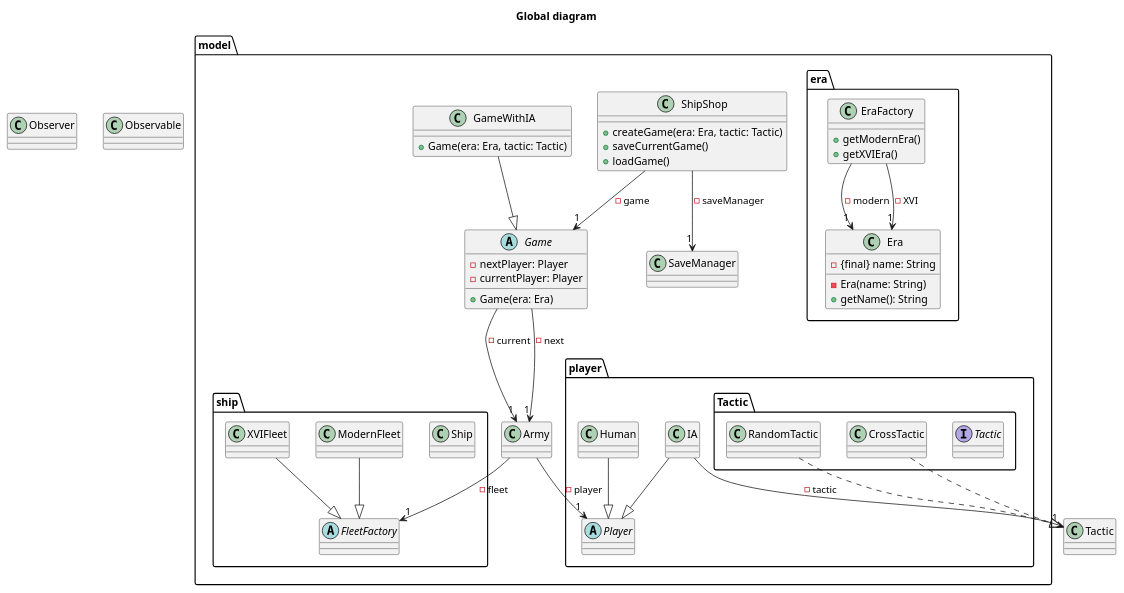
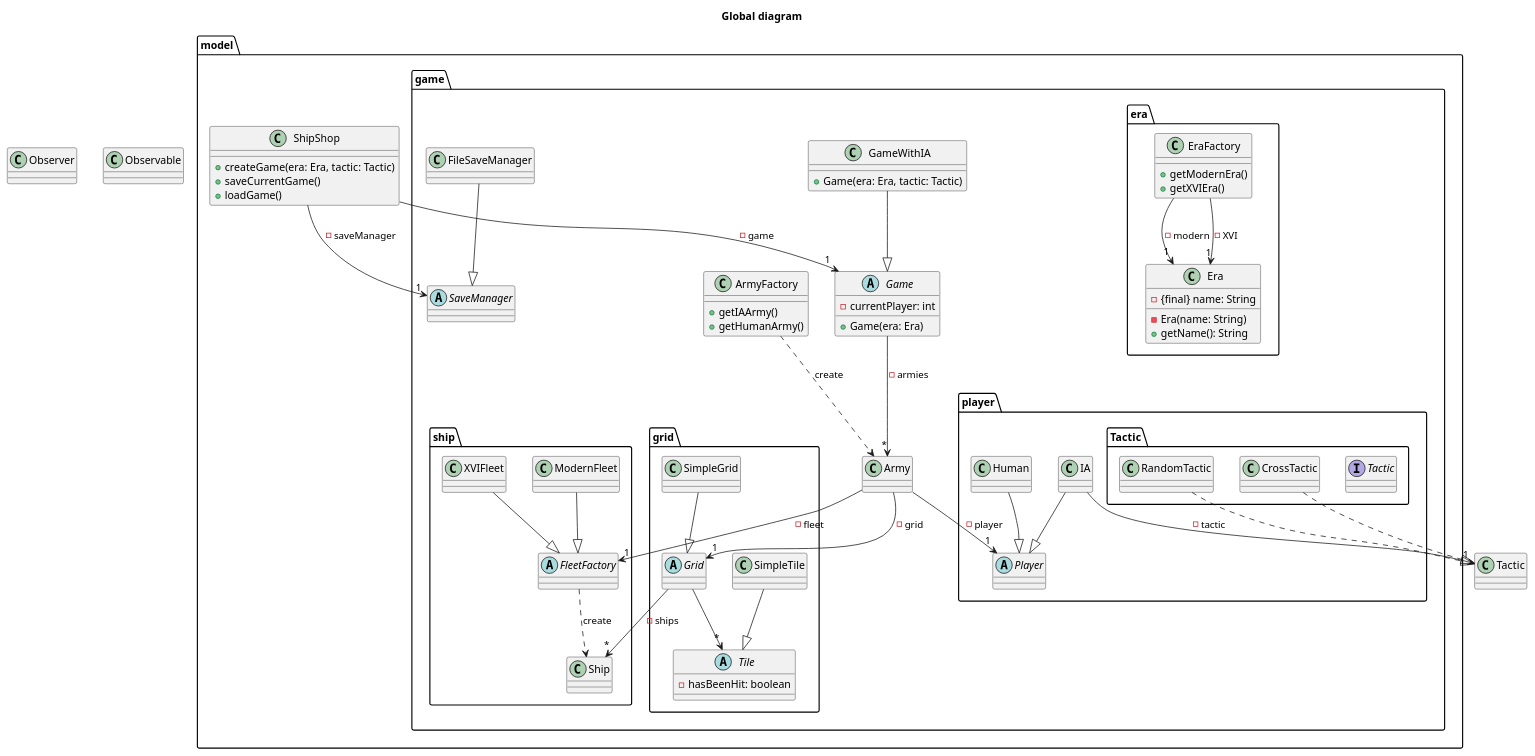
One commit to Reynault/ShipShop changed the diagram in doc/conception/pmul/class/global.puml. Above: the diagram before and after it, drawn with PlantUML.

Commit message:
Update global diagram.

```diff
--- a/doc/conception/pmul/class/global.puml
+++ b/doc/conception/pmul/class/global.puml
@@ -1,134 +1,177 @@
 @startuml
 
 title Global diagram
 
 class Observer{
 
 }
 
 class Observable{
 
 }
 
 package model{
 
     class ShipShop{
         + createGame(era: Era, tactic: Tactic)
         + saveCurrentGame()
         + loadGame()
     }
 
-    abstract Game{
-        - nextPlayer: Player
-        - currentPlayer: Player
-        + Game(era: Era)
-    }
+    package game{
 
-    class GameWithIA{
-        + Game(era: Era, tactic: Tactic)
-    }
+        abstract Game{
+            - currentPlayer: int
+            + Game(era: Era)
+        }
 
-    class Army{
+        class GameWithIA{
+            + Game(era: Era, tactic: Tactic)
+        }
 
-    }
+        class ArmyFactory{
+            + getIAArmy()
+            + getHumanArmy()
+        }
 
-    class SaveManager{
-
-    }
-
-    package ship{
-
-        class Ship{
+        class Army{
 
         }
 
-        abstract FleetFactory{
+        abstract SaveManager{
 
         }
 
-        class ModernFleet{
+        class FileSaveManager{
 
         }
 
-        class XVIFleet{
+        package grid{
 
-        }
+            abstract Grid{
+            }
 
-    }
-
-
-    package era{
-
-        class Era{
-            - {final} name: String
-            - Era(name: String)
-            + getName(): String
-        }
-
-        class EraFactory{
-            + getModernEra()
-            + getXVIEra()
-        }
-
-    }
-
-    package player{
-
-        abstract Player{
-
-        }
-
-        class IA{
-
-        }
-
-        package Tactic{
-
-            interface Tactic{
+            class SimpleGrid{
 
             }
 
-            class RandomTactic{
-
+            abstract Tile{
+                - hasBeenHit: boolean
             }
 
-            class CrossTactic{
+            class SimpleTile{
 
             }
 
         }
 
-        class Human{
+        package ship{
+
+            class Ship{
+
+            }
+
+            abstract FleetFactory{
+
+            }
+
+            class ModernFleet{
+
+            }
+
+            class XVIFleet{
+
+            }
+
+        }
+
+
+        package era{
+
+            class Era{
+                - {final} name: String
+                - Era(name: String)
+                + getName(): String
+            }
+
+            class EraFactory{
+                + getModernEra()
+                + getXVIEra()
+            }
+
+        }
+
+        package player{
+
+            abstract Player{
+
+            }
+
+            class IA{
+
+            }
+
+            package Tactic{
+
+                interface Tactic{
+
+                }
+
+                class RandomTactic{
+
+                }
+
+                class CrossTactic{
+
+                }
+
+            }
+
+            class Human{
+
+            }
 
         }
 
     }
 
 }
 
 ShipShop --> "1" Game: - game
 ShipShop --> "1" SaveManager: -saveManager
 
-Game --> "1" Army: - current
-Game --> "1" Army: - next
+Game --> "*" Army: - armies
+
+Grid --> "*" Ship: - ships
+Grid --> "*" Tile
+
+FleetFactory ..> Ship: "create"
+
+SimpleGrid --|> Grid
+SimpleTile --|> Tile
+
+ArmyFactory ..>  Army: "create"
 
 Army --> "1" Player: - player
 Army --> "1" FleetFactory: - fleet
+Army --> "1" Grid: -grid
 
 GameWithIA --|> Game
 
 EraFactory --> "1" Era: -modern
 EraFactory --> "1" Era: -XVI
 
 ModernFleet --|> FleetFactory
 XVIFleet --|> FleetFactory
 
 Human --|> Player
 IA --|> Player
 
 IA --> "1" Tactic: - tactic
 
 RandomTactic ..|> Tactic
 CrossTactic ..|> Tactic
 
+FileSaveManager --|> SaveManager
+
 @enduml
```
